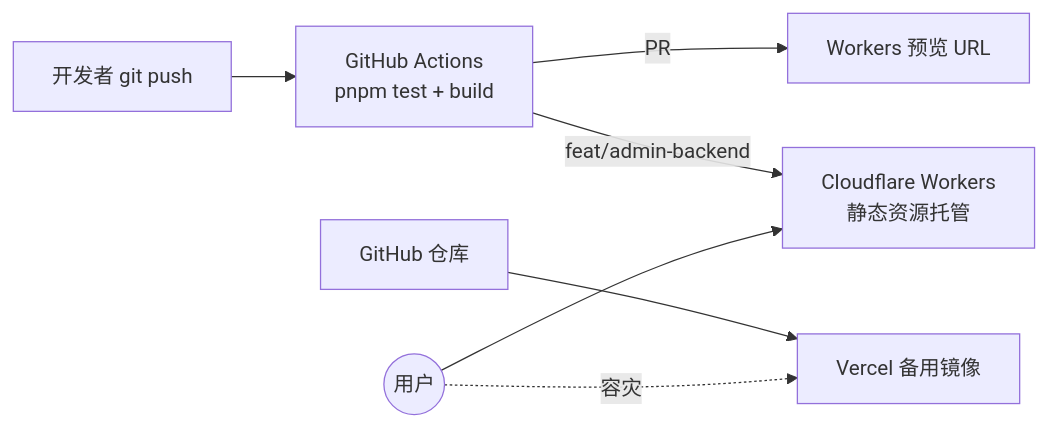
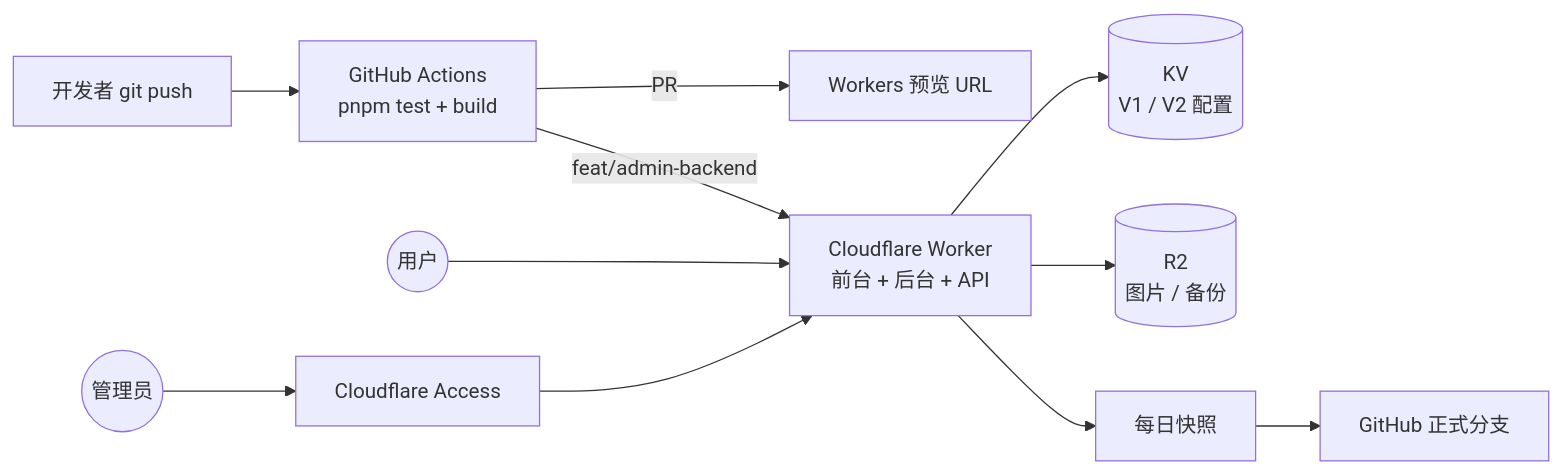
Before and after one commit to heytl/idv-cryptic-map: the first of 2 diagrams in docs/ARCHITECTURE.md, drawn with Mermaid. The commit also changed other lines of this file and 6 other files, not shown here.

````diff
--- a/docs/ARCHITECTURE.md
+++ b/docs/ARCHITECTURE.md
@@ -17,9 +19,13 @@
 ```mermaid
 flowchart LR
   Dev[开发者 git push] --> CI[GitHub Actions<br>pnpm test + build]
   CI -->|PR| PV[Workers 预览 URL]
-  CI -->|feat/admin-backend| CF[Cloudflare Workers<br>静态资源托管]
-  GH[GitHub 仓库] --> VC[Vercel 备用镜像]
+  CI -->|feat/admin-backend| CF[Cloudflare Worker<br>前台 + 后台 + API]
+  CF --> KV[(KV<br>V1 / V2 配置)]
+  CF --> R2[(R2<br>图片 / 备份)]
+  Cron[每日快照] --> GH[GitHub 正式分支]
+  CF --> Cron
   U((用户)) --> CF
-  U -.容灾.-> VC
+  A((管理员)) --> Access[Cloudflare Access]
+  Access --> CF
 ```
````
